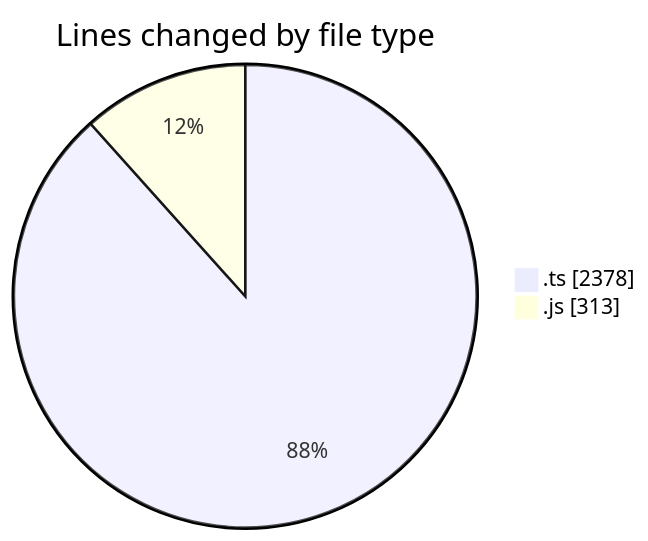
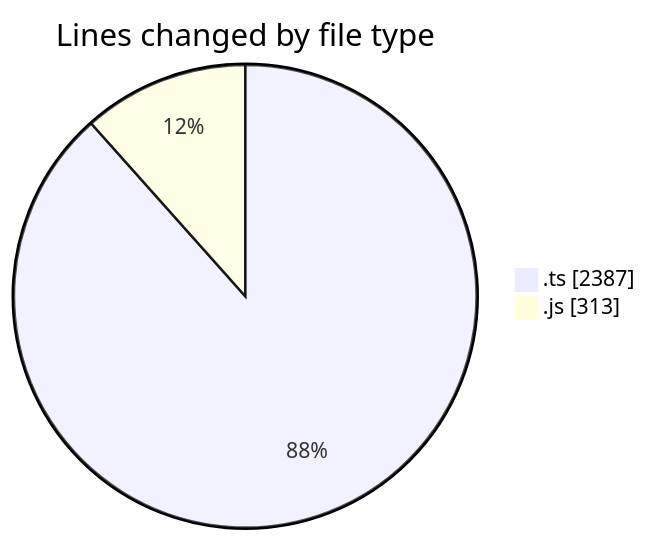
Before and after one commit to momahboobian/code-tracking: the first of 2 diagrams in 2025-09-05/cda/README.md, drawn with Mermaid. The commit also changed other lines of this file and 1 other file, not shown here.

````diff
--- a/2025-09-05/cda/README.md
+++ b/2025-09-05/cda/README.md
@@ -22,6 +22,6 @@
 ```mermaid
 pie showData
 title Lines changed by file type
-".ts" : 2378
+".ts" : 2387
 ".js" : 313
 ```
````
